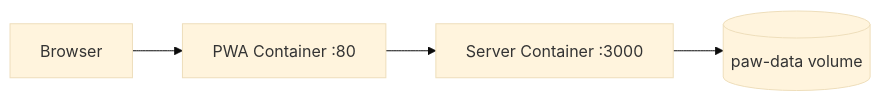
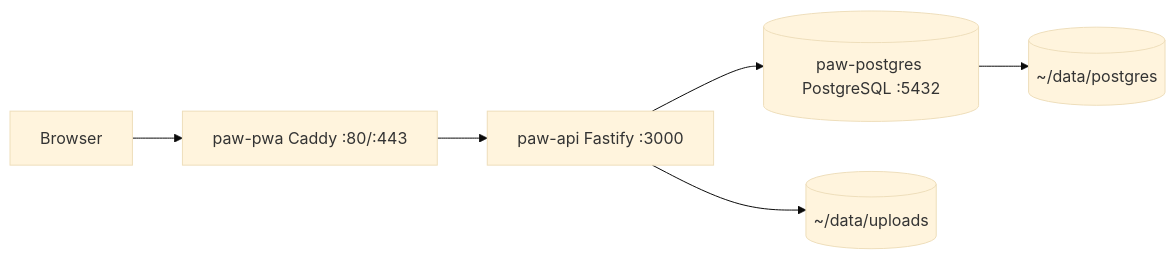
Before and after one commit to mpetutschnig/pawvax: the fourth of 4 diagrams in documentation/ARCHITECTURE.md, drawn with Mermaid (base theme). The commit also changed other lines of this file and 10 other files, not shown here.

````diff
--- a/documentation/ARCHITECTURE.md
+++ b/documentation/ARCHITECTURE.md
@@ -424,6 +445,8 @@
 ```mermaid
 flowchart LR
-  Browser --> Nginx[PWA Container :80]
-  Nginx --> API[Server Container :3000]
-  API --> Volume[(paw-data volume)]
+  Browser --> PWA[paw-pwa Caddy :80/:443]
+  PWA --> API[paw-api Fastify :3000]
+  API --> DB[(paw-postgres PostgreSQL :5432)]
+  API --> UploadsVol[(~/data/uploads)]
+  DB --> DBVol[(~/data/postgres)]
 ```
````
